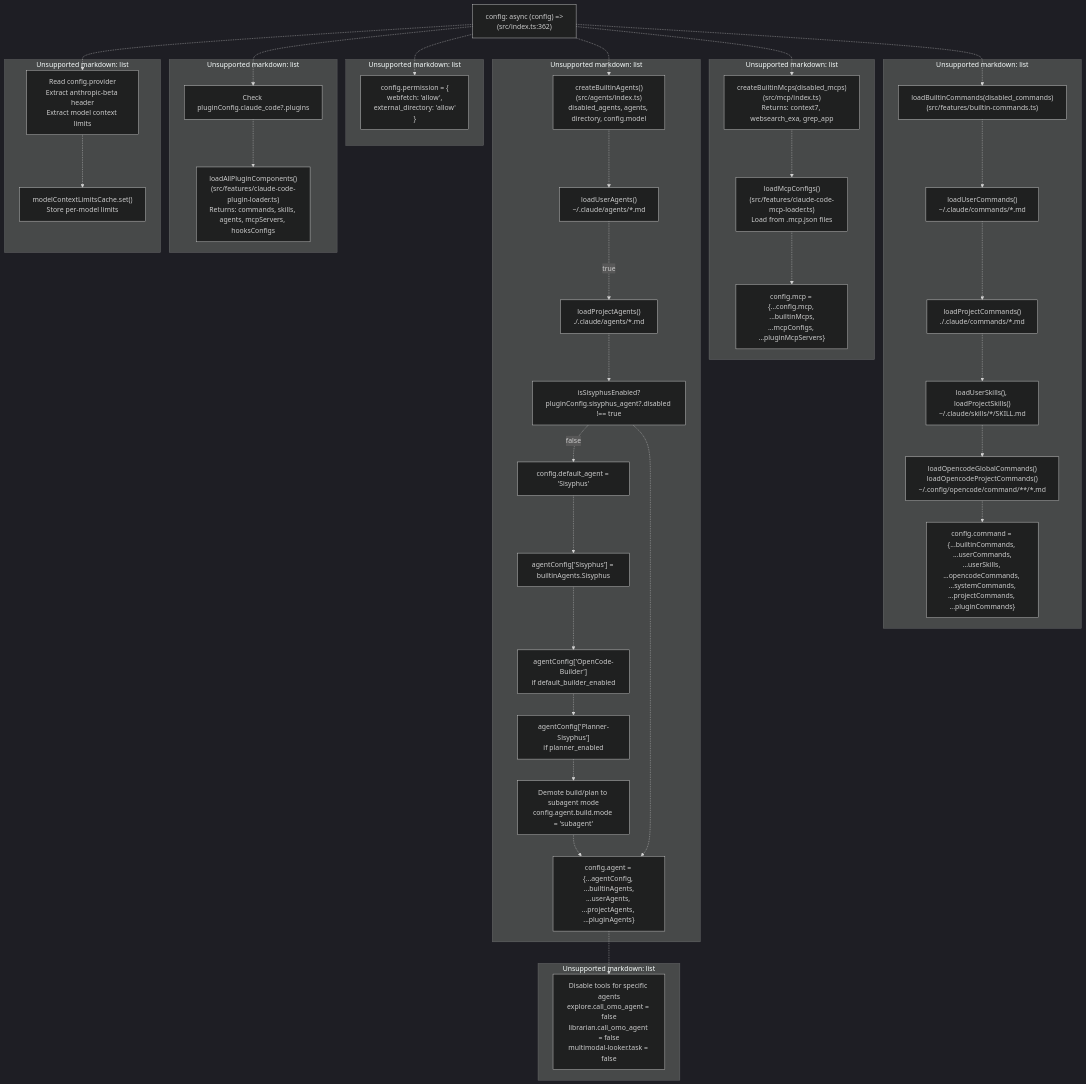
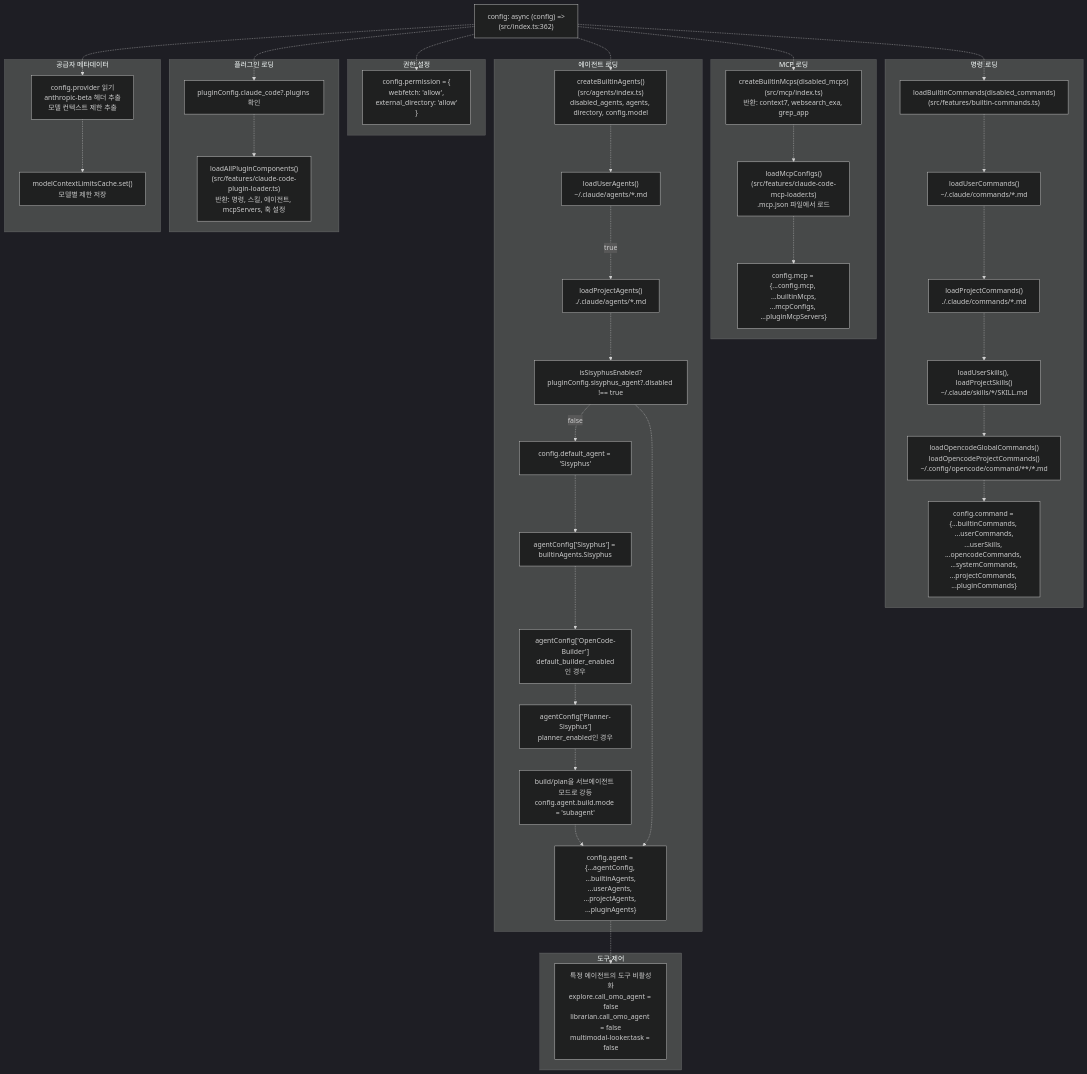
The fifth of 8 diagrams in docs/architecture/core-architecture.md (felipetruman/oh-my-opencode-docs), drawn with Mermaid (dark theme) before and after one commit. The commit also changed other lines of this file and 76 other files, not shown here.

```diff
--- a/docs/architecture/core-architecture.md
+++ b/docs/architecture/core-architecture.md
@@ -340,23 +330,23 @@
 flowchart TD
 
 ConfigHook["config: async (config) =><br>(src/index.ts:362)"]
-ReadProviders["Read config.provider<br>Extract anthropic-beta header<br>Extract model context limits"]
-CacheContextLimits["modelContextLimitsCache.set()<br>Store per-model limits"]
-LoadPlugins["loadAllPluginComponents()<br>(src/features/claude-code-plugin-loader.ts)<br>Returns: commands, skills, agents, mcpServers, hooksConfigs"]
-CheckClaudeCode["Check pluginConfig.claude_code?.plugins"]
+ReadProviders["config.provider 읽기<br>anthropic-beta 헤더 추출<br>모델 컨텍스트 제한 추출"]
+CacheContextLimits["modelContextLimitsCache.set()<br>모델별 제한 저장"]
+LoadPlugins["loadAllPluginComponents()<br>(src/features/claude-code-plugin-loader.ts)<br>반환: 명령, 스킬, 에이전트, mcpServers, 훅 설정"]
+CheckClaudeCode["pluginConfig.claude_code?.plugins 확인"]
 CreateBuiltin["createBuiltinAgents()<br>(src/agents/index.ts)<br>disabled_agents, agents, directory, config.model"]
 LoadUserAgents["loadUserAgents()<br>~/.claude/agents/*.md"]
 LoadProjectAgents["loadProjectAgents()<br>./.claude/agents/*.md"]
 CheckSisyphus["isSisyphusEnabled?<br>pluginConfig.sisyphus_agent?.disabled !== true"]
 SetDefaultAgent["config.default_agent = 'Sisyphus'"]
 ConfigSisyphus["agentConfig['Sisyphus'] = builtinAgents.Sisyphus"]
-ConfigBuilder["agentConfig['OpenCode-Builder']<br>if default_builder_enabled"]
-ConfigPlanner["agentConfig['Planner-Sisyphus']<br>if planner_enabled"]
-DemoteAgents["Demote build/plan to subagent mode<br>config.agent.build.mode = 'subagent'"]
+ConfigBuilder["agentConfig['OpenCode-Builder']<br>default_builder_enabled인 경우"]
+ConfigPlanner["agentConfig['Planner-Sisyphus']<br>planner_enabled인 경우"]
+DemoteAgents["build/plan을 서브에이전트 모드로 강등<br>config.agent.build.mode = 'subagent'"]
 MergeAgents["config.agent = {...agentConfig, ...builtinAgents,<br>...userAgents, ...projectAgents, ...pluginAgents}"]
-DisableTools["Disable tools for specific agents<br>explore.call_omo_agent = false<br>librarian.call_omo_agent = false<br>multimodal-looker.task = false"]
-CreateBuiltinMCPs["createBuiltinMcps(disabled_mcps)<br>(src/mcp/index.ts)<br>Returns: context7, websearch_exa, grep_app"]
-LoadMCPConfigs["loadMcpConfigs()<br>(src/features/claude-code-mcp-loader.ts)<br>Load from .mcp.json files"]
+DisableTools["특정 에이전트의 도구 비활성화<br>explore.call_omo_agent = false<br>librarian.call_omo_agent = false<br>multimodal-looker.task = false"]
+CreateBuiltinMCPs["createBuiltinMcps(disabled_mcps)<br>(src/mcp/index.ts)<br>반환: context7, websearch_exa, grep_app"]
+LoadMCPConfigs["loadMcpConfigs()<br>(src/features/claude-code-mcp-loader.ts)<br>.mcp.json 파일에서 로드"]
 MergeMCPs["config.mcp = {...config.mcp, ...builtinMcps,<br>...mcpConfigs, ...pluginMcpServers}"]
 LoadBuiltinCmd["loadBuiltinCommands(disabled_commands)<br>(src/features/builtin-commands.ts)"]
 LoadUserCmd["loadUserCommands()<br>~/.claude/commands/*.md"]
@@ -374,11 +364,11 @@
 ConfigHook -.-> LoadBuiltinCmd
 ConfigHook -.-> SetPerms
 
-subgraph subGraph6 ["Unsupported markdown: list"]
+subgraph subGraph6 ["권한 설정"]
     SetPerms
 end
 
-subgraph subGraph5 ["Unsupported markdown: list"]
+subgraph subGraph5 ["명령 로딩"]
     LoadBuiltinCmd
     LoadUserCmd
     LoadProjectCmd
@@ -392,7 +382,7 @@
     LoadOCCmd -.-> MergeCmd
 end
 
-subgraph subGraph4 ["Unsupported markdown: list"]
+subgraph subGraph4 ["MCP 로딩"]
     CreateBuiltinMCPs
     LoadMCPConfigs
     MergeMCPs
@@ -400,11 +390,11 @@
     LoadMCPConfigs -.-> MergeMCPs
 end
 
-subgraph subGraph3 ["Unsupported markdown: list"]
+subgraph subGraph3 ["도구 제어"]
     DisableTools
 end
 
-subgraph subGraph2 ["Unsupported markdown: list"]
+subgraph subGraph2 ["에이전트 로딩"]
     CreateBuiltin
     LoadUserAgents
     LoadProjectAgents
@@ -427,13 +417,13 @@
     CheckSisyphus -.-> MergeAgents
 end
 
-subgraph subGraph1 ["Unsupported markdown: list"]
+subgraph subGraph1 ["플러그인 로딩"]
     LoadPlugins
     CheckClaudeCode
     CheckClaudeCode -.-> LoadPlugins
 end
 
-subgraph subGraph0 ["Unsupported markdown: list"]
+subgraph subGraph0 ["공급자 메타데이터"]
     ReadProviders
     CacheContextLimits
     ReadProviders -.-> CacheContextLimits
```
